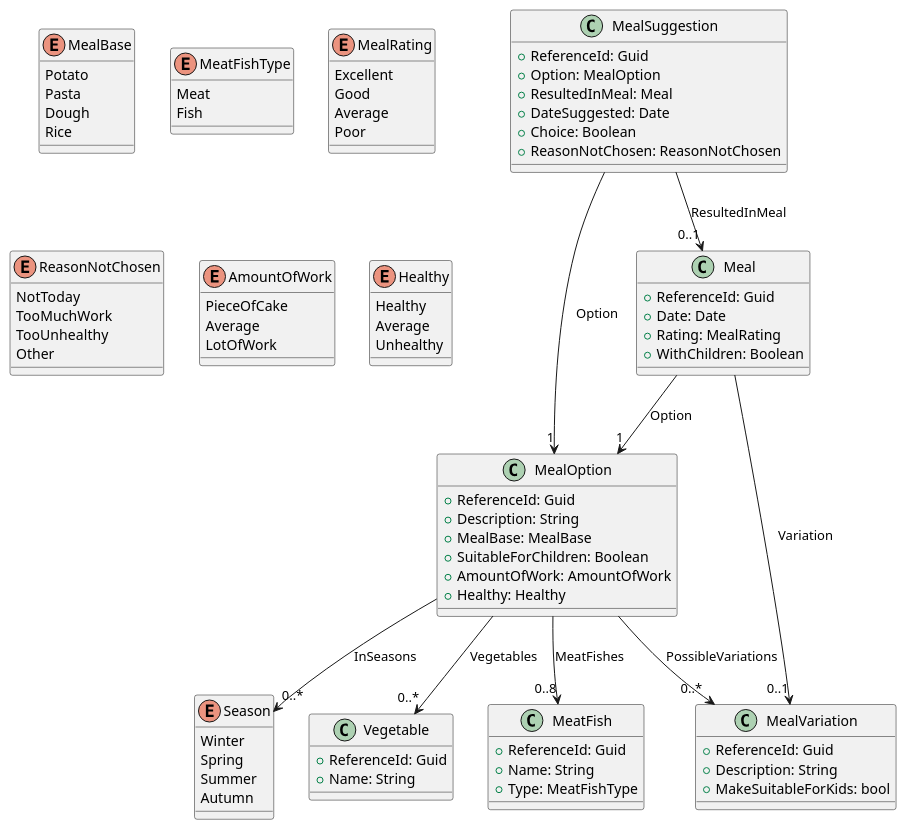
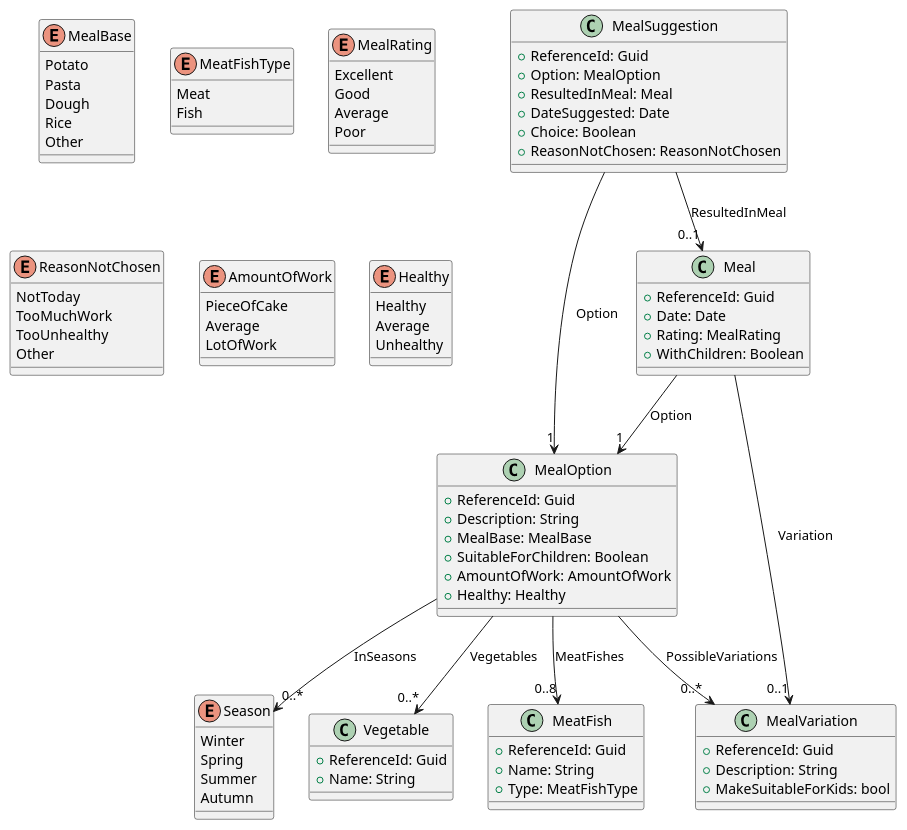
The diagram in doc/domain/domainmodel.puml (marcovandehaar/wot-we-eat), drawn with PlantUML before and after one commit. The commit also changed 14 other files, not shown here.

```diff
--- a/doc/domain/domainmodel.puml
+++ b/doc/domain/domainmodel.puml
@@ -1,99 +1,100 @@
 @startuml MealPlanningClassDiagram
 
 enum MealBase {
     Potato
     Pasta
     Dough
     Rice
+    Other
 }
 
 enum MeatFishType {
     Meat
     Fish
 }
 
 enum MealRating {
     Excellent
     Good
     Average
     Poor
 }
 
 enum ReasonNotChosen {
     NotToday
     TooMuchWork
     TooUnhealthy
     Other
 }
 
 enum AmountOfWork {
     PieceOfCake
     Average
     LotOfWork
 }
 
 enum Healthy {
     Healthy
     Average
     Unhealthy
 }
 
 enum Season {
     Winter
     Spring
     Summer
     Autumn
 }
 
 class MealOption {
   + ReferenceId: Guid
   + Description: String
   + MealBase: MealBase
   + SuitableForChildren: Boolean
   + AmountOfWork: AmountOfWork
   + Healthy: Healthy
 }
 
 class Vegetable {
   + ReferenceId: Guid
   + Name: String
 }
 
 class MeatFish {
   + ReferenceId: Guid
   + Name: String
   + Type: MeatFishType
 }
 
 class MealVariation {
   + ReferenceId: Guid
   + Description: String
   + MakeSuitableForKids: bool
 }
 
 class Meal {
   + ReferenceId: Guid
   + Date: Date
   + Rating: MealRating
   + WithChildren: Boolean
 }
 
 class MealSuggestion {
   + ReferenceId: Guid
   + Option: MealOption
   + ResultedInMeal: Meal
   + DateSuggested: Date
   + Choice: Boolean
   + ReasonNotChosen: ReasonNotChosen
 }
 
 Meal --> "1" MealOption : Option
 Meal --> "0..1" MealVariation : Variation
 MealOption --> "0..8" MeatFish : MeatFishes
 MealOption --> "0..*" MealVariation : PossibleVariations
 MealOption --> "0..*" Vegetable : Vegetables
 MealOption --> "0..*" Season : InSeasons
 MealSuggestion --> "1" MealOption : Option
 MealSuggestion --> "0..1" Meal : ResultedInMeal
 
 @enduml
```
